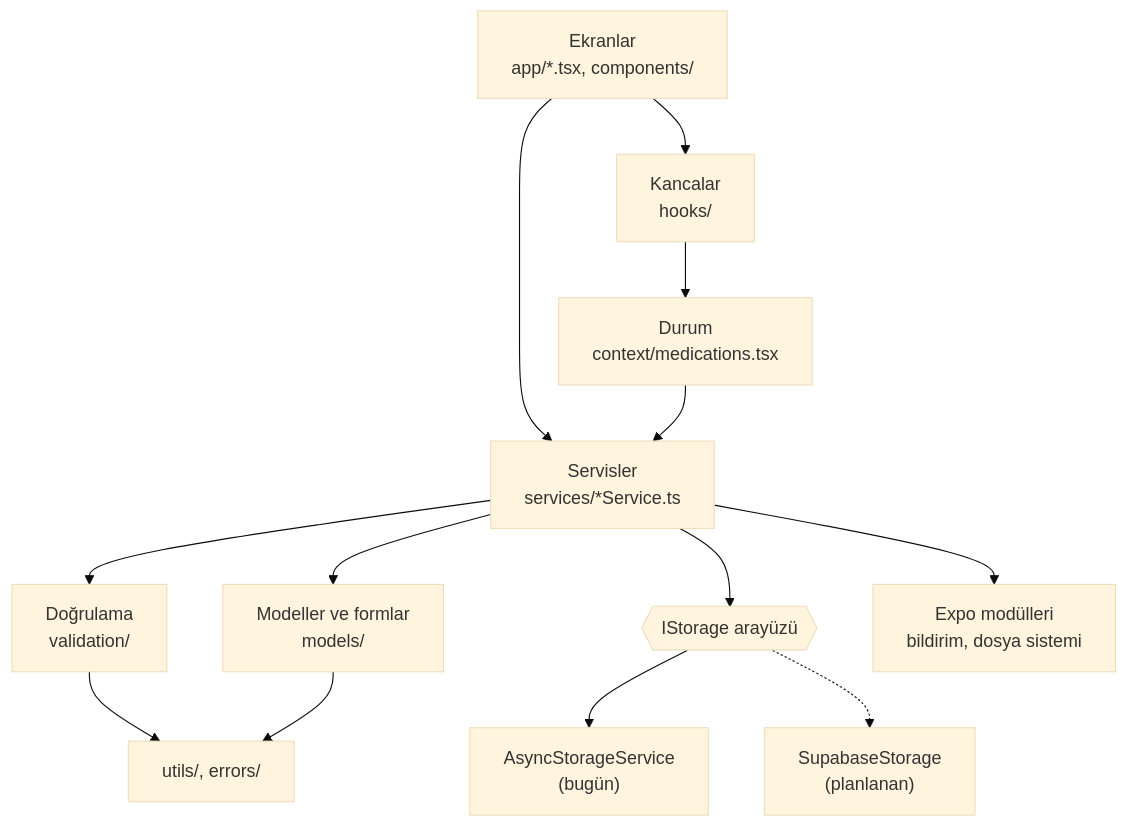
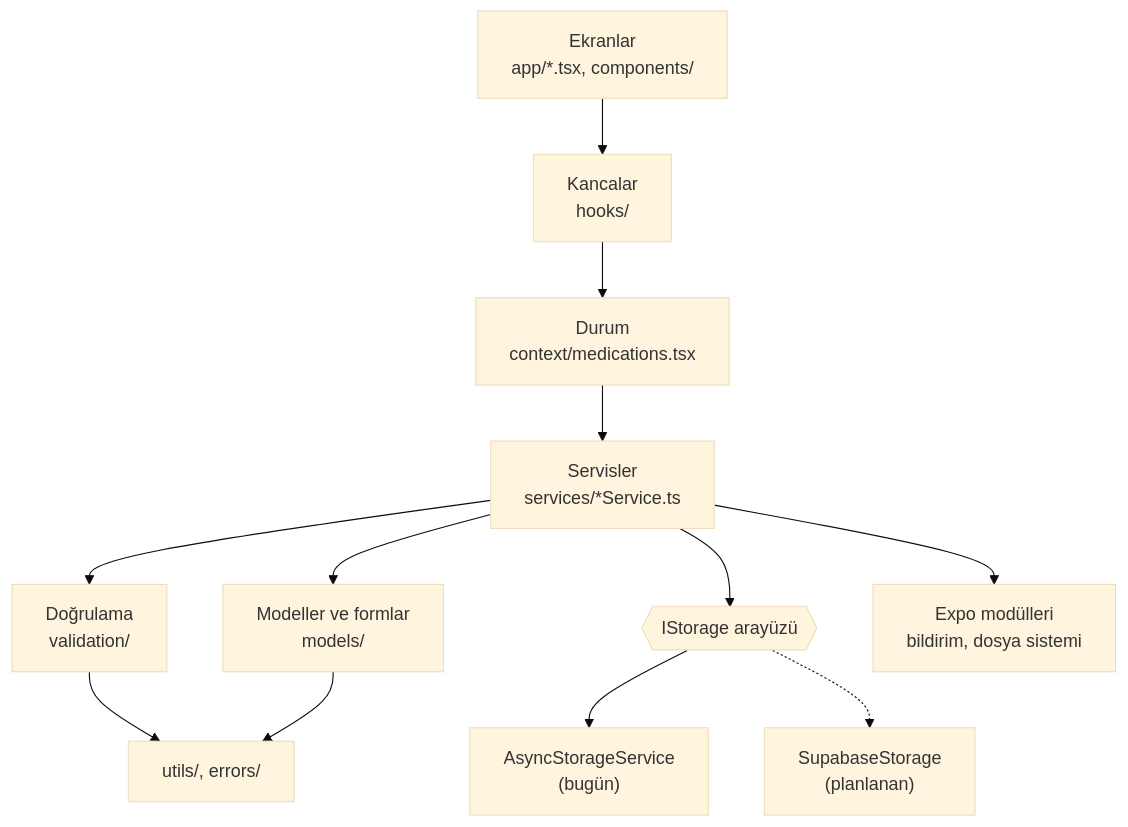
The first of 3 diagrams in docs/moduler-yapi.md (mustafabulut8/ilac-takip), drawn with Mermaid (base theme) before and after one commit. The commit also changed other lines of this file and 1 other file, not shown here.

````diff
--- a/docs/moduler-yapi.md
+++ b/docs/moduler-yapi.md
@@ -98,15 +112,14 @@
 ```mermaid
 flowchart TD
   UI["Ekranlar<br/>app/*.tsx, components/"] --> Hooks["Kancalar<br/>hooks/"]
   Hooks --> Ctx["Durum<br/>context/medications.tsx"]
-  UI --> Svc
   Ctx --> Svc["Servisler<br/>services/*Service.ts"]
   Svc --> Val["Doğrulama<br/>validation/"]
   Svc --> Models["Modeller ve formlar<br/>models/"]
   Svc --> IStorage{{"IStorage arayüzü"}}
   IStorage --> Async["AsyncStorageService<br/>(bugün)"]
   IStorage -.-> Supa["SupabaseStorage<br/>(planlanan)"]
   Svc --> Expo["Expo modülleri<br/>bildirim, dosya sistemi"]
   Val --> Utils["utils/, errors/"]
   Models --> Utils
 ```
````
